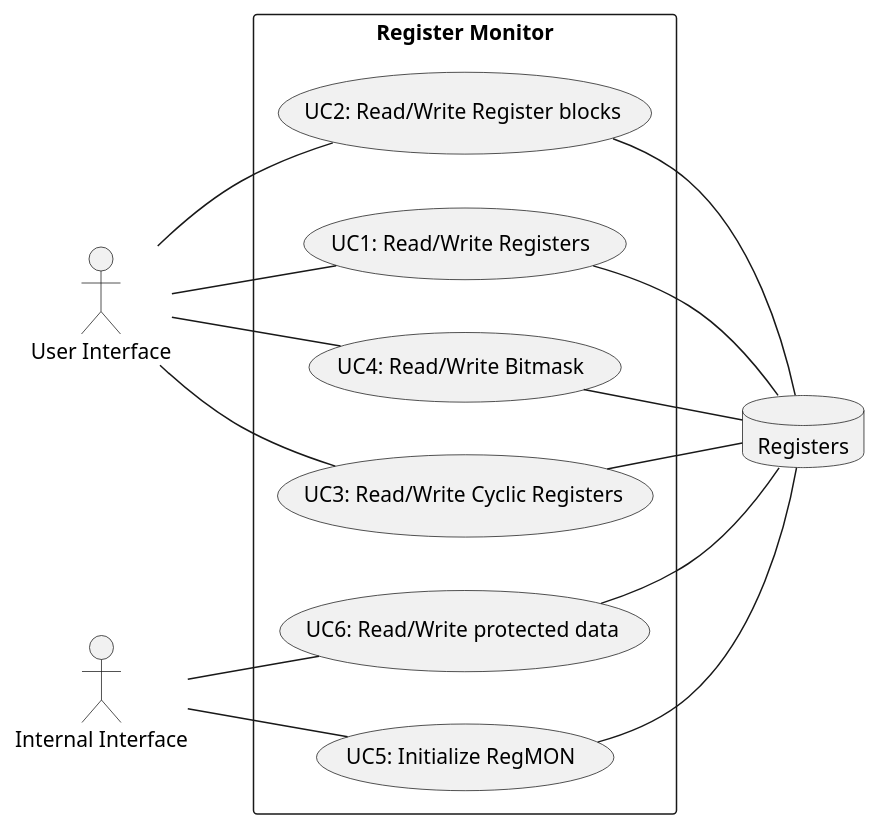
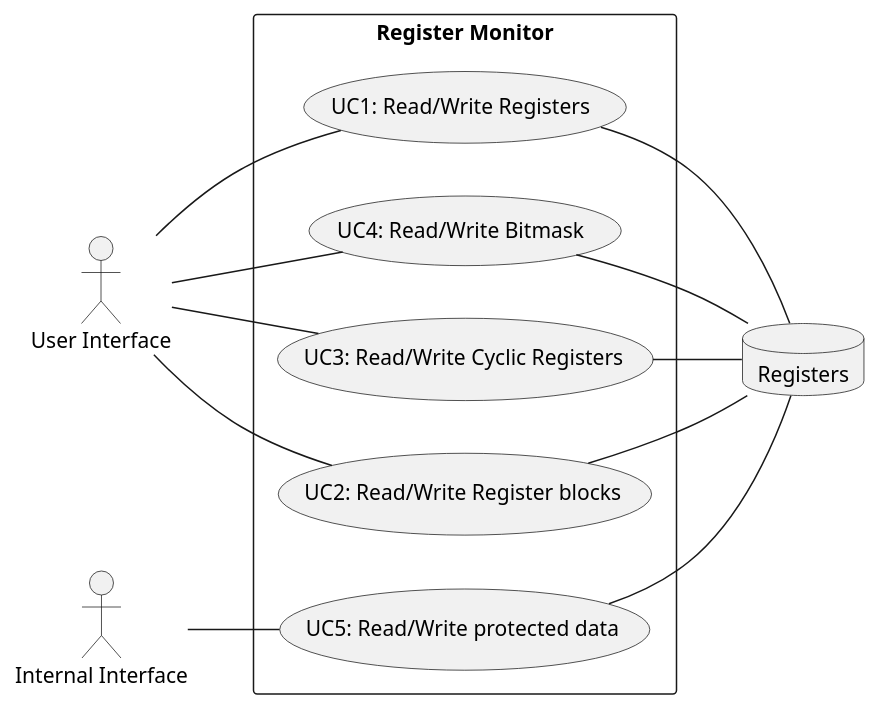
One commit to Bjoerk92/c-RegisterMonitor changed the second of 2 diagrams in doc/design_spec_RegMON.md. Above: the diagram before and after it, drawn with PlantUML. The commit also changed other lines of this file, not shown here.

````diff
--- a/doc/design_spec_RegMON.md
+++ b/doc/design_spec_RegMON.md
@@ -45,32 +45,29 @@
 ```plantuml
 @startuml
 left to right direction
 
 actor "User Interface" as user
 actor "Internal Interface" as if
 rectangle "Register Monitor" as regmon{
-    usecase "UC6: Read/Write protected data" as uc6
-    usecase "UC5: Initialize RegMON" as uc5
+    usecase "UC5: Read/Write protected data" as uc5
     usecase "UC4: Read/Write Bitmask" as uc4
     usecase "UC3: Read/Write Cyclic Registers" as uc3
     usecase "UC2: Read/Write Register blocks" as uc2
     usecase "UC1: Read/Write Registers" as uc1
 }
 database Registers as reg
 
 user -- uc1
 user -- uc2
 user -- uc3
 user -- uc4
 
 if -- uc5
-if -- uc6
 
 uc1 -- reg
 uc2 -- reg
 uc3 -- reg
 uc4 -- reg
 uc5 -- reg
-uc6 -- reg
 @enduml
 ```
````
